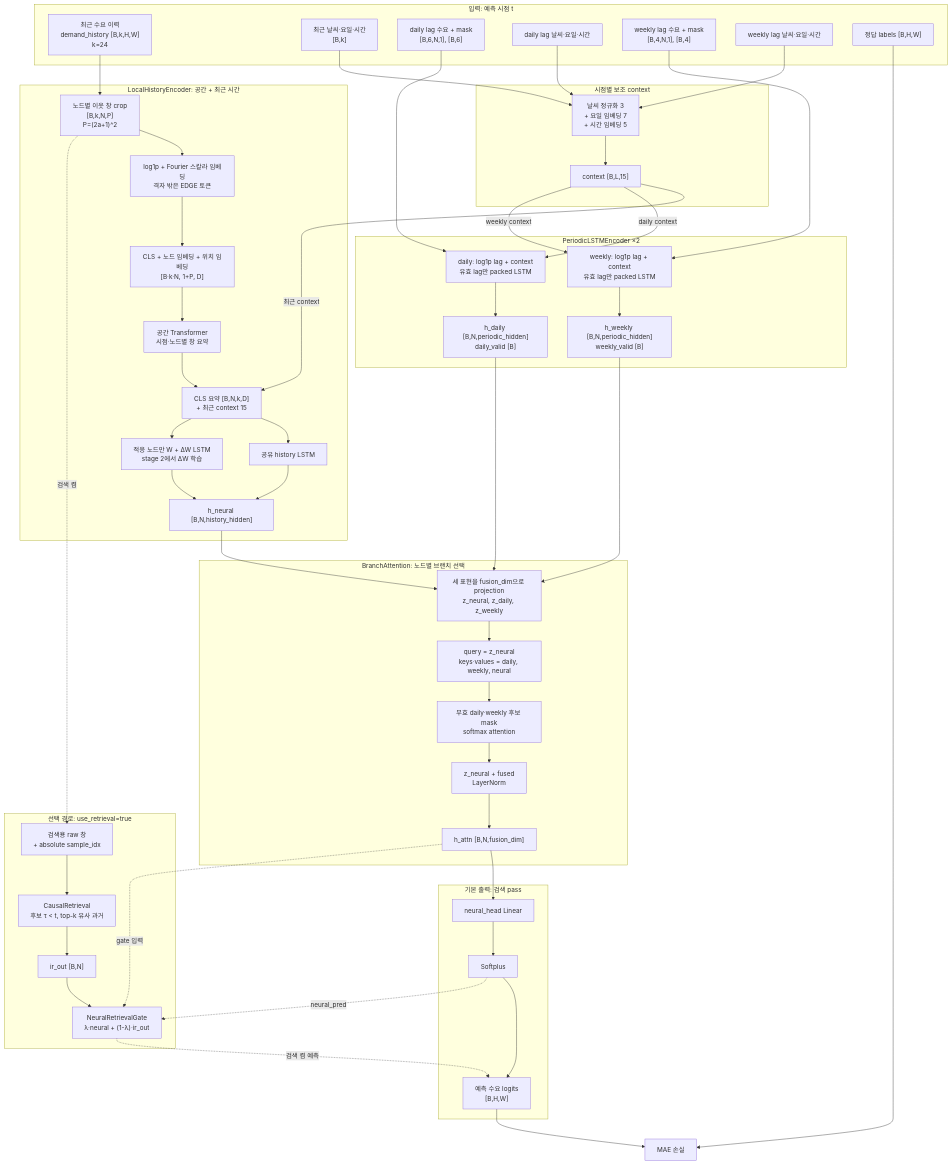
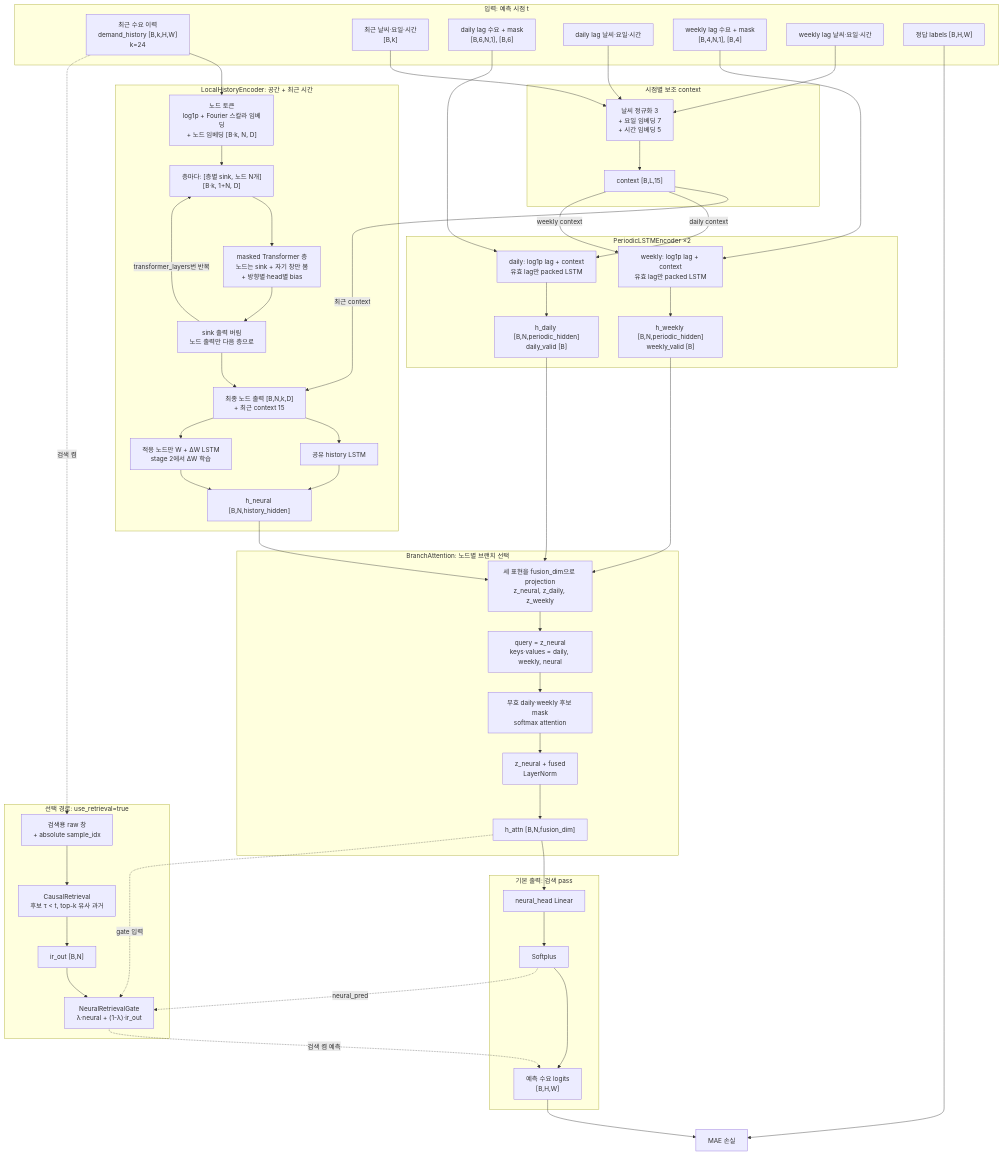
Before and after one commit to dev-jake-kim/demandprediction: the diagram in docs/SPEC.md, drawn with Mermaid. The commit also changed other lines of this file and 7 other files, not shown here.

Commit message:
Replace per-window Transformer with masked full-grid attention and per-layer sinks

```diff
--- a/docs/SPEC.md
+++ b/docs/SPEC.md
@@ -50,15 +50,17 @@
     WC --> C1
 
     subgraph LH["LocalHistoryEncoder: 공간 + 최근 시간"]
-        L1["노드별 이웃 창 crop<br/>[B,k,N,P]<br/>P=(2a+1)^2"]
-        L2["log1p + Fourier 스칼라 임베딩<br/>격자 밖은 EDGE 토큰"]
-        L3["CLS + 노드 임베딩 + 위치 임베딩<br/>[B·k·N, 1+P, D]"]
-        L4["공간 Transformer<br/>시점·노드별 창 요약"]
-        L5["CLS 요약 [B,N,k,D]<br/>+ 최근 context 15"]
+        L1["노드 토큰<br/>log1p + Fourier 스칼라 임베딩<br/>+ 노드 임베딩 [B·k, N, D]"]
+        L2["층마다: [층별 sink, 노드 N개]<br/>[B·k, 1+N, D]"]
+        L3["masked Transformer 층<br/>노드는 sink + 자기 창만 봄<br/>+ 방향별·head별 bias"]
+        L4["sink 출력 버림<br/>노드 출력만 다음 층으로"]
+        L5["최종 노드 출력 [B,N,k,D]<br/>+ 최근 context 15"]
         L6["공유 history LSTM"]
         L7["적응 노드만 W + ΔW LSTM<br/>stage 2에서 ΔW 학습"]
         HN["h_neural [B,N,history_hidden]"]
-        L1 --> L2 --> L3 --> L4 --> L5 --> L6 --> HN
+        L1 --> L2 --> L3 --> L4
+        L4 -->|"transformer_layers번 반복"| L2
+        L4 --> L5 --> L6 --> HN
         L5 --> L7 --> HN
     end
 
@@ -111,7 +113,7 @@
         R1 --> R2 --> R3 --> R4
     end
 
-    L1 -.->|"검색 켬"| R1
+    H -.->|"검색 켬"| R1
     HA -.->|"gate 입력"| R4
     O2 -.->|"neural_pred"| R4
     R4 -.->|"검색 켬 예측"| PRED
```
